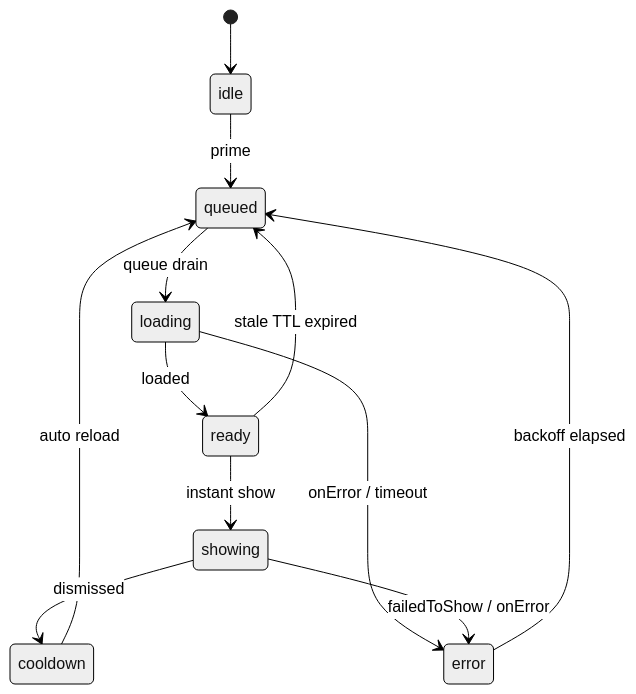
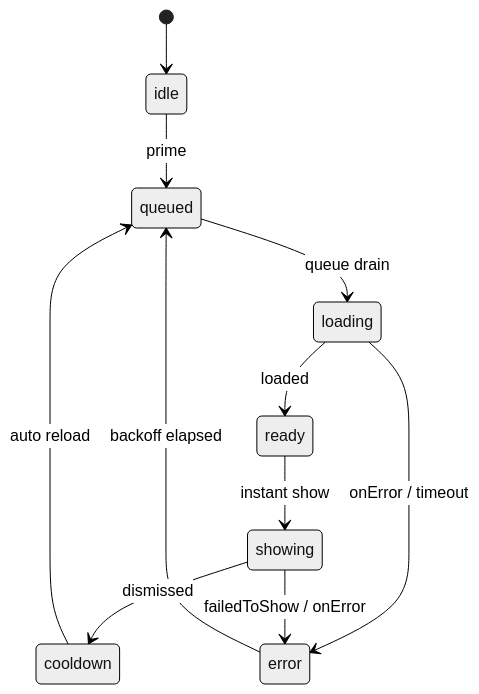
Before and after one commit to stillyoung8810-png/BTD-alarm2: the diagram in docs2/ad-preload-architecture.md, drawn with Mermaid (neutral theme). The commit also changed other lines of this file and 2 other files, not shown here.

````diff
--- a/docs2/ad-preload-architecture.md
+++ b/docs2/ad-preload-architecture.md
@@ -210,14 +328,13 @@
 ```mermaid
 stateDiagram-v2
     [*] --> idle
     idle --> queued: prime
     queued --> loading: queue drain
     loading --> ready: loaded
     loading --> error: onError / timeout
     ready --> showing: instant show
-    ready --> queued: stale TTL expired
     showing --> cooldown: dismissed
     showing --> error: failedToShow / onError
     cooldown --> queued: auto reload
     error --> queued: backoff elapsed
 ```
````
